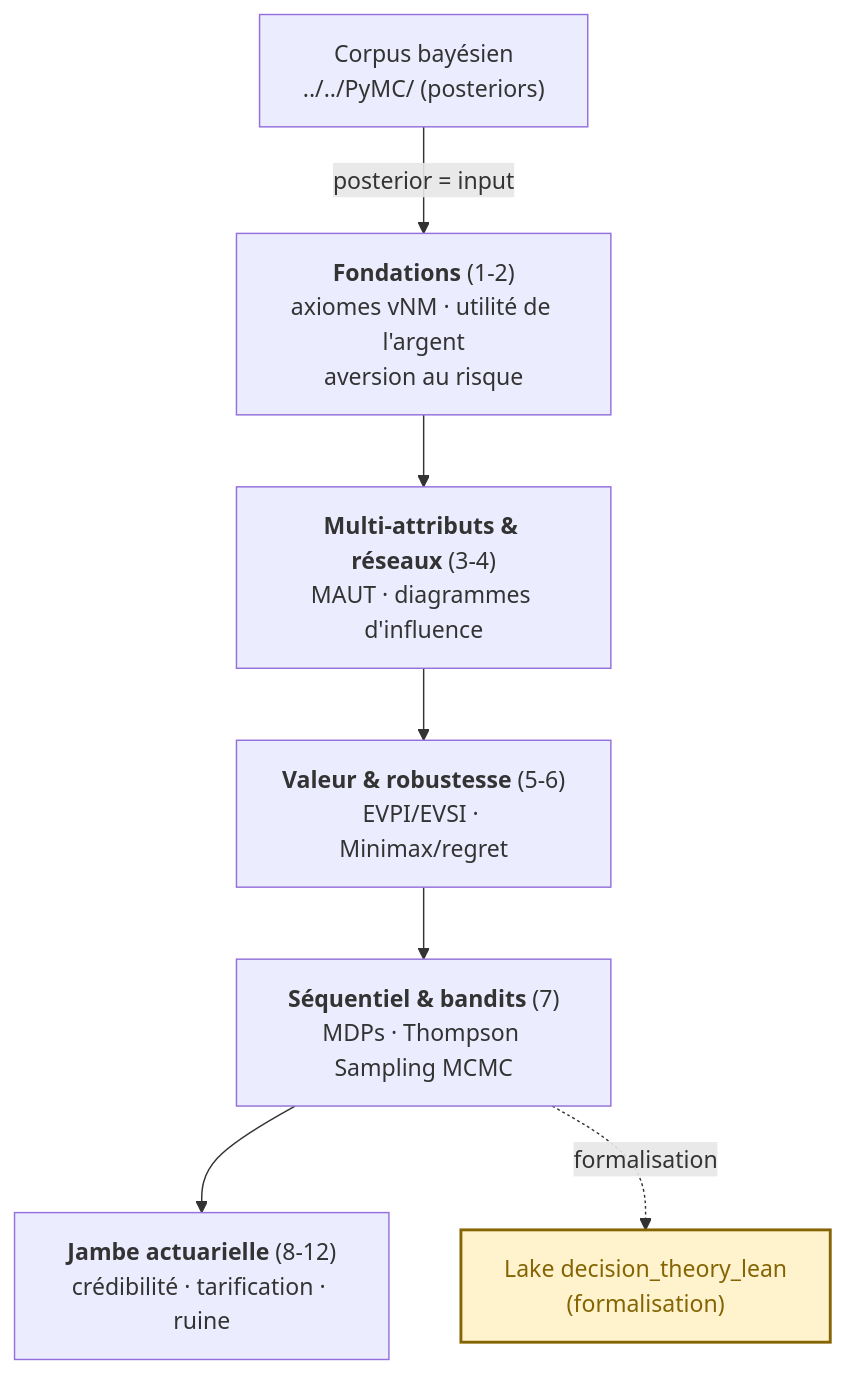
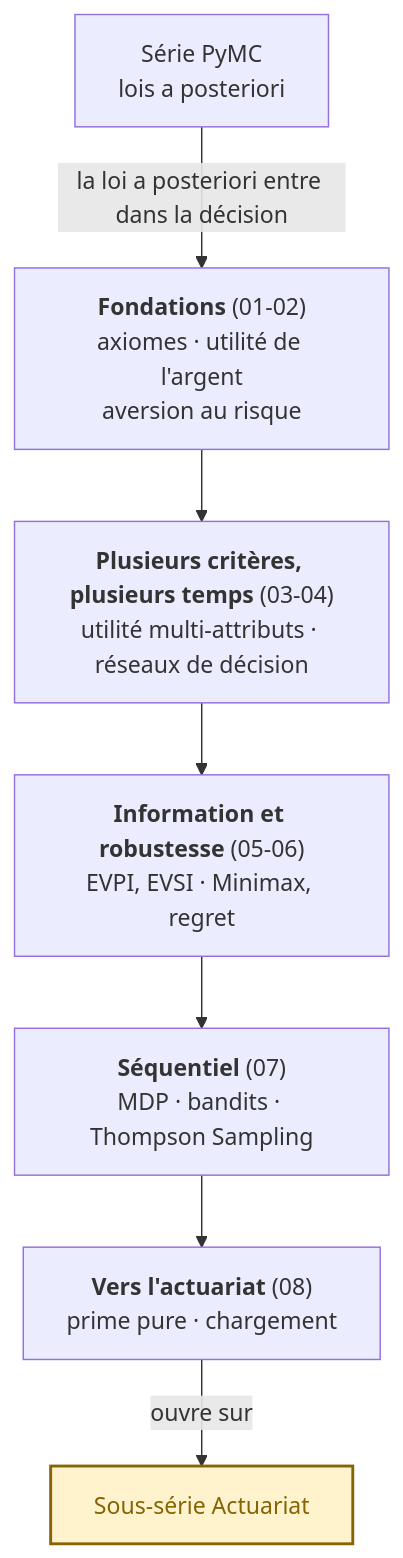
Before and after one commit to jsboige/CoursIA: the diagram in MyIA.AI.Notebooks/Probas/DecisionTheory/DecPyMC/README.md, drawn with Mermaid. The commit also changed other lines of this file and 5 other files, not shown here.

First line of the commit message:
Docs(probas,#3973): reecriture ascendante des README Applications et DecisionTheory

````diff
--- a/MyIA.AI.Notebooks/Probas/DecisionTheory/DecPyMC/README.md
+++ b/MyIA.AI.Notebooks/Probas/DecisionTheory/DecPyMC/README.md
@@ -83,16 +30,16 @@
 ```mermaid
 flowchart TD
-    A["<b>Fondations</b> (1-2)<br/>axiomes vNM · utilité de l'argent<br/>aversion au risque"]
-    B["<b>Multi-attributs & réseaux</b> (3-4)<br/>MAUT · diagrammes d'influence"]
-    C["<b>Valeur & robustesse</b> (5-6)<br/>EVPI/EVSI · Minimax/regret"]
-    D["<b>Séquentiel & bandits</b> (7)<br/>MDPs · Thompson Sampling MCMC"]
-    E["<b>Jambe actuarielle</b> (8-12)<br/>crédibilité · tarification · ruine"]
-    BAY["Corpus bayésien<br/>../../PyMC/ (posteriors)"]
-    LAKE["Lake decision_theory_lean<br/>(formalisation)"]
-    BAY -->|"posterior = input"| A
+    A["<b>Fondations</b> (01-02)<br/>axiomes · utilité de l'argent<br/>aversion au risque"]
+    B["<b>Plusieurs critères, plusieurs temps</b> (03-04)<br/>utilité multi-attributs · réseaux de décision"]
+    C["<b>Information et robustesse</b> (05-06)<br/>EVPI, EVSI · Minimax, regret"]
+    D["<b>Séquentiel</b> (07)<br/>MDP · bandits · Thompson Sampling"]
+    E["<b>Vers l'actuariat</b> (08)<br/>prime pure · chargement"]
+    BAY["Série PyMC<br/>lois a posteriori"]
+    ACT["Sous-série Actuariat"]
+    BAY -->|"la loi a posteriori entre dans la décision"| A
     A --> B --> C --> D --> E
-    D -.->|"formalisation"| LAKE
-    %% color: explicite -- sans lui, libelle clair sur fond clair en mode sombre GitHub (#15022) ; ne pas harmoniser le ton avec le stroke (libelle sinon illisible)
-    classDef lake fill:#fff3cd,stroke:#856404,stroke-width:2px,color:#856404;
-    class LAKE lake;
+    E -->|"ouvre sur"| ACT
+    %% color: explicite -- sans lui, libelle clair sur fond clair en mode sombre GitHub ; ne pas harmoniser le ton avec le stroke (libelle sinon illisible)
+    classDef suite fill:#fff3cd,stroke:#856404,stroke-width:2px,color:#856404;
+    class ACT suite;
 ```
````
